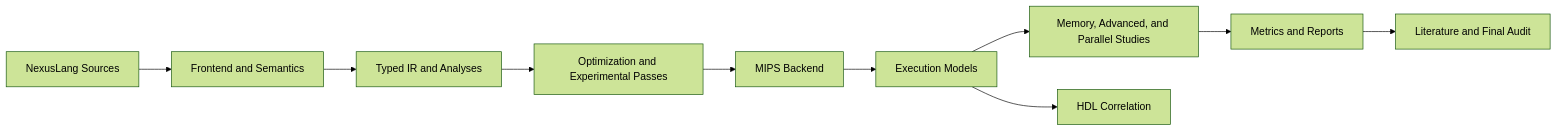
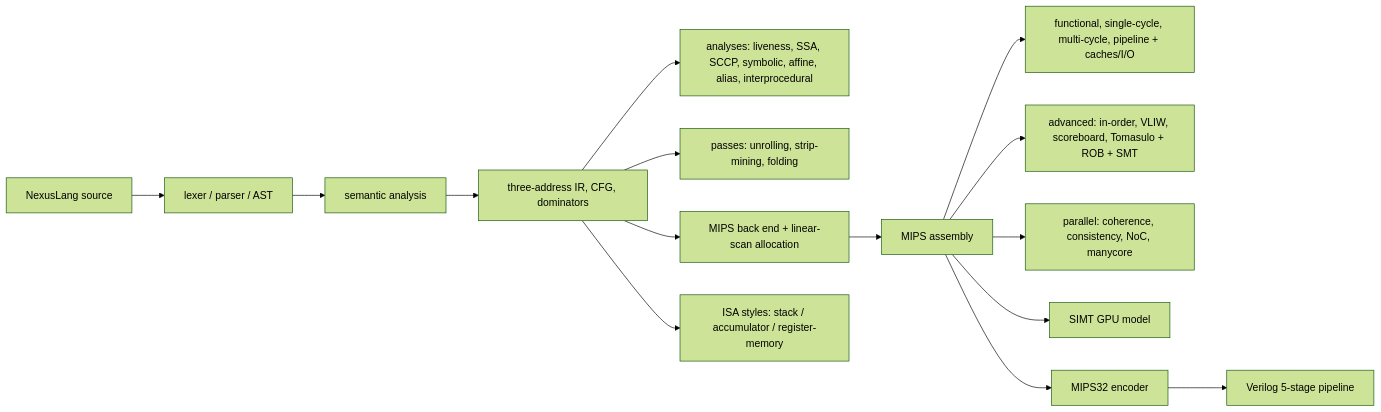
The diagram in ARCHITECTURE.md (gdtsitlauri/nexus-platform), drawn with Mermaid (forest theme) before and after one commit. The commit also changed other lines of this file and 46 other files, not shown here.

````diff
--- a/ARCHITECTURE.md
+++ b/ARCHITECTURE.md
@@ -8,12 +7,16 @@
 ```mermaid
 flowchart LR
-  A[NexusLang Sources] --> B[Frontend and Semantics]
-  B --> C[Typed IR and Analyses]
-  C --> D[Optimization and Experimental Passes]
-  D --> E[MIPS Backend]
-  E --> F[Execution Models]
-  F --> G[Memory, Advanced, and Parallel Studies]
-  G --> H[Metrics and Reports]
-  F --> I[HDL Correlation]
-  H --> J[Literature and Final Audit]
+  A[NexusLang source] --> B[lexer / parser / AST]
+  B --> C[semantic analysis]
+  C --> D[three-address IR, CFG, dominators]
+  D --> E[analyses: liveness, SSA, SCCP, symbolic, affine, alias, interprocedural]
+  D --> F[passes: unrolling, strip-mining, folding]
+  D --> G[MIPS back end + linear-scan allocation]
+  D --> H[ISA styles: stack / accumulator / register-memory]
+  G --> I[MIPS assembly]
+  I --> J[functional, single-cycle, multi-cycle, pipeline + caches/I/O]
+  I --> K[advanced: in-order, VLIW, scoreboard, Tomasulo + ROB + SMT]
+  I --> L[parallel: coherence, consistency, NoC, manycore]
+  I --> M[SIMT GPU model]
+  I --> N[MIPS32 encoder] --> O[Verilog 5-stage pipeline]
 ```
````
